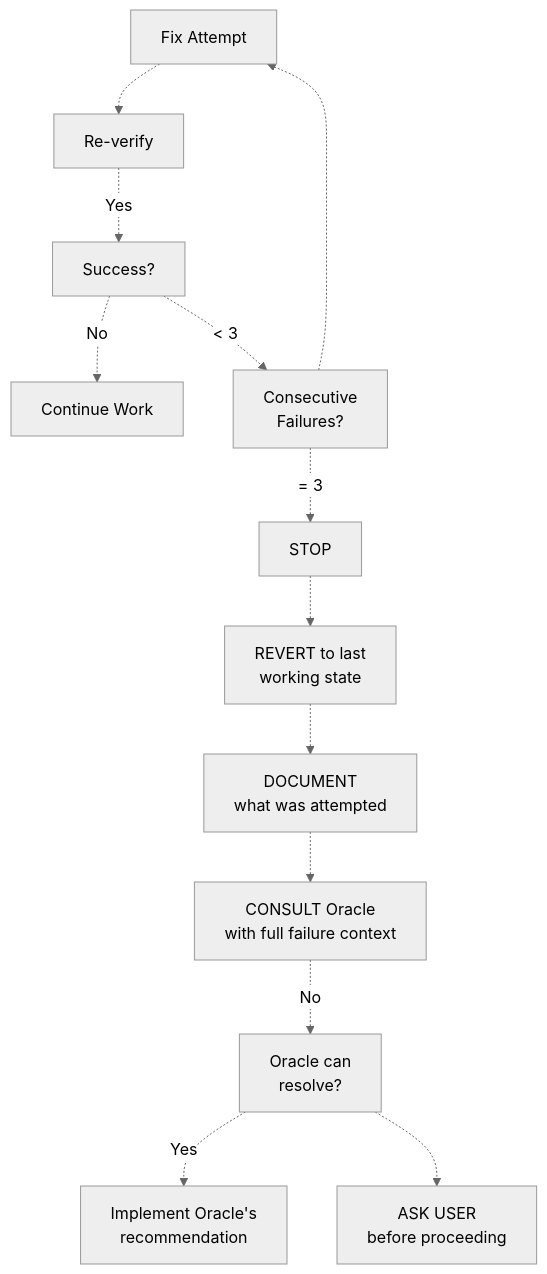
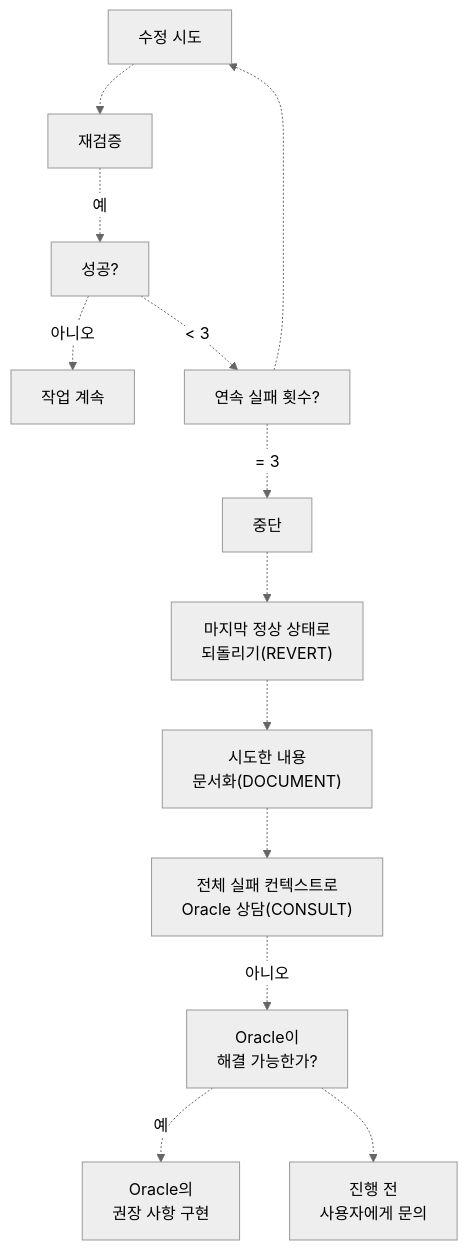
The tenth of 11 diagrams in docs/agents/oracle-agent.md (felipetruman/oh-my-opencode-docs), drawn with Mermaid (neutral theme) before and after one commit. The commit also changed other lines of this file and 76 other files, not shown here.

````diff
--- a/docs/agents/oracle-agent.md
+++ b/docs/agents/oracle-agent.md
@@ -513,29 +513,29 @@
 ```mermaid
 flowchart TD
 
-Fix["Fix Attempt"]
-Verify["Re-verify"]
-Success["Success?"]
-Count["Consecutive<br>Failures?"]
-Continue["Continue Work"]
-Stop["STOP"]
-Revert["REVERT to last<br>working state"]
-Document["DOCUMENT<br>what was attempted"]
-Consult["CONSULT Oracle<br>with full failure context"]
-OracleDecision["Oracle can<br>resolve?"]
-Implement["Implement Oracle's<br>recommendation"]
-AskUser["ASK USER<br>before proceeding"]
+Fix["수정 시도"]
+Verify["재검증"]
+Success["성공?"]
+Count["연속 실패 횟수?"]
+Continue["작업 계속"]
+Stop["중단"]
+Revert["마지막 정상 상태로<br>되돌리기(REVERT)"]
+Document["시도한 내용<br>문서화(DOCUMENT)"]
+Consult["전체 실패 컨텍스트로<br>Oracle 상담(CONSULT)"]
+OracleDecision["Oracle이<br>해결 가능한가?"]
+Implement["Oracle의<br>권장 사항 구현"]
+AskUser["진행 전<br>사용자에게 문의"]
 
 Fix -.-> Verify
-Verify -.->|"Yes"| Success
-Success -.->|"No"| Continue
+Verify -.->|"예"| Success
+Success -.->|"아니오"| Continue
 Success -.->|"< 3"| Count
 Count -.-> Fix
 Count -.->|"= 3"| Stop
 Stop -.-> Revert
 Revert -.-> Document
 Document -.-> Consult
-Consult -.->|"No"| OracleDecision
-OracleDecision -.->|"Yes"| Implement
+Consult -.->|"아니오"| OracleDecision
+OracleDecision -.->|"예"| Implement
 OracleDecision -.-> AskUser
 ```
````
